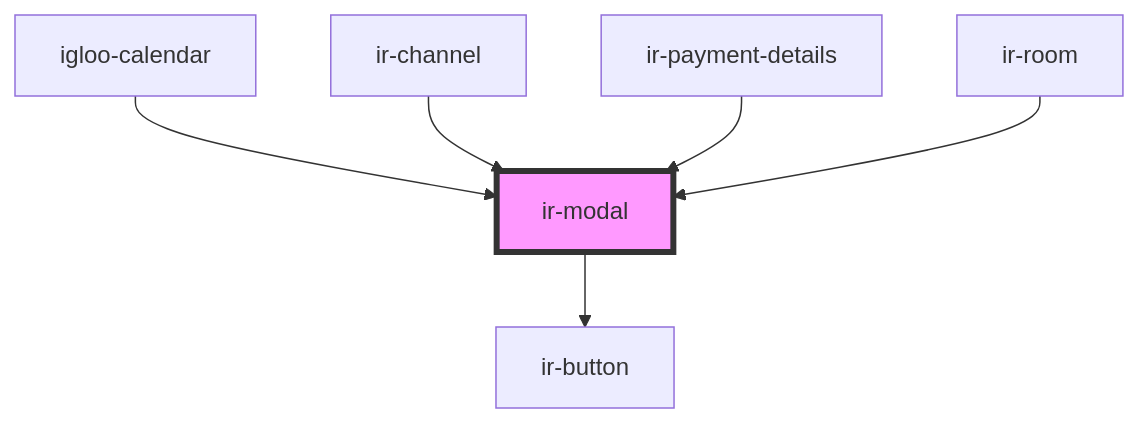
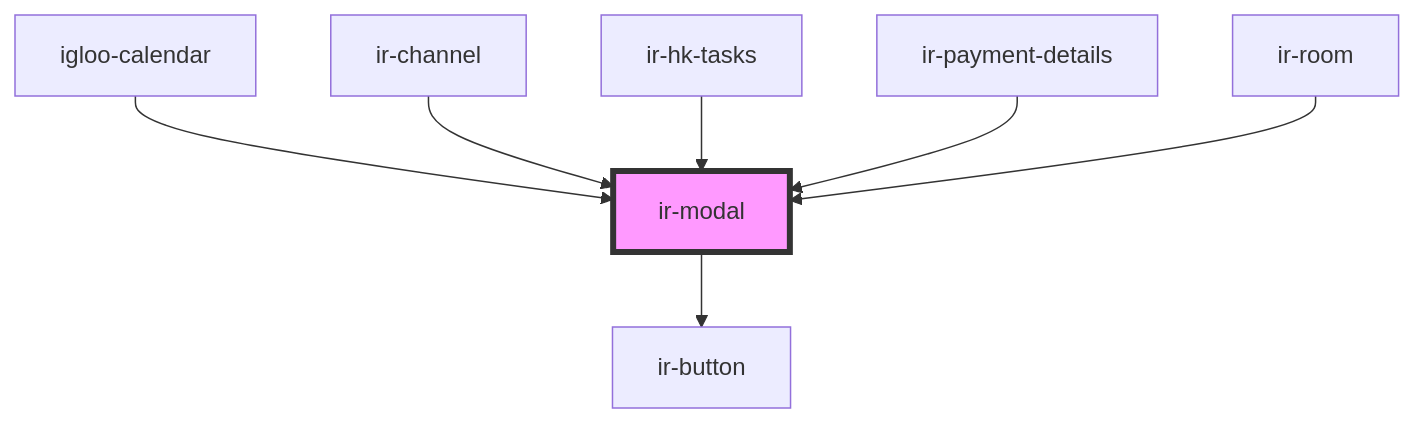
One commit to David1Chowaifaty/modified-ir-webcmp changed the diagram in src/components/ir-modal/readme.md. Above: the diagram before and after it, drawn with Mermaid. The commit also changed other lines of this file and 16 other files, not shown here.

````diff
--- a/src/components/ir-modal/readme.md
+++ b/src/components/ir-modal/readme.md
@@ -71,9 +72,10 @@
 ```mermaid
 graph TD;
   ir-modal --> ir-button
   igloo-calendar --> ir-modal
   ir-channel --> ir-modal
+  ir-hk-tasks --> ir-modal
   ir-payment-details --> ir-modal
   ir-room --> ir-modal
   style ir-modal fill:#f9f,stroke:#333,stroke-width:4px
 ```
````
